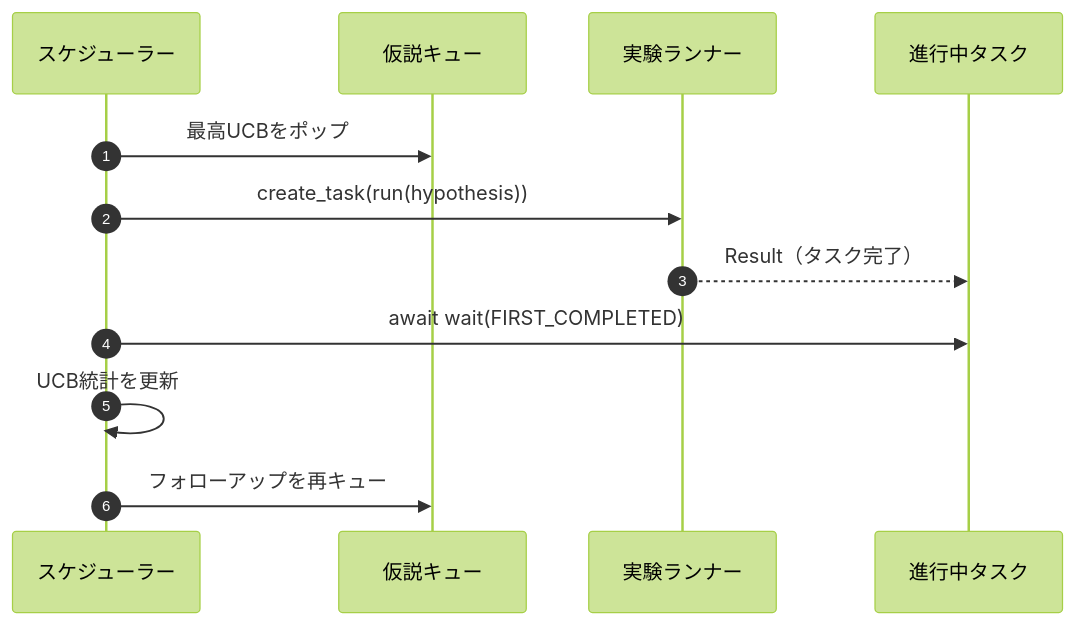
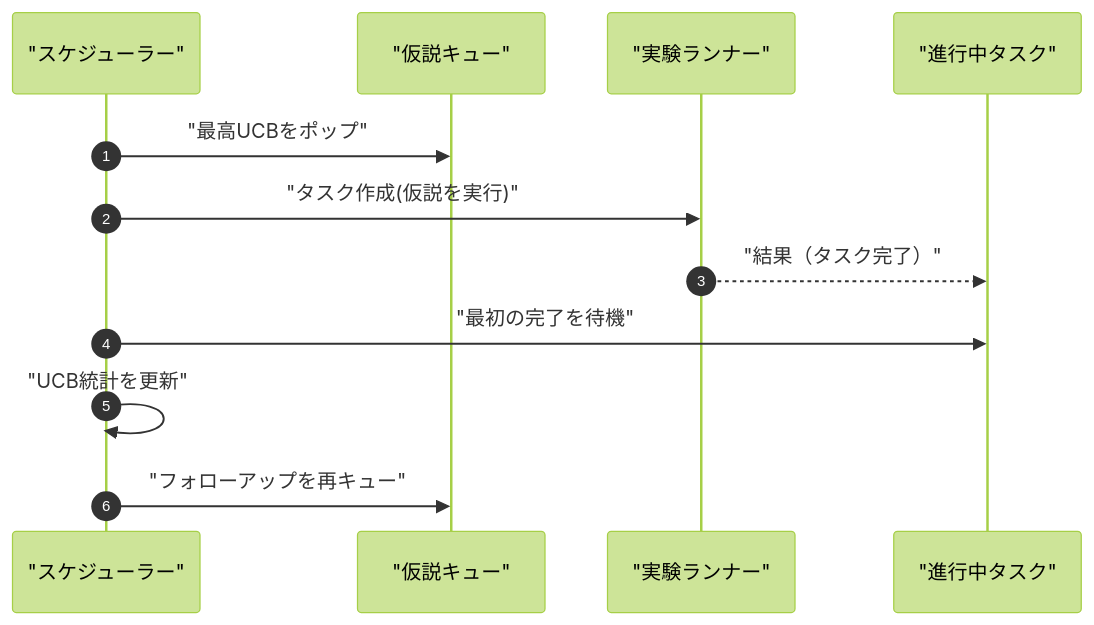
Before and after one commit to shoshoshomen/synapse-academy: the third of 3 diagrams in content/phases/19-capstone-projects/56-iteration-scheduler/lesson.ja.md, drawn with Mermaid (forest theme). The commit also changed other lines of this file and 124 other files, not shown here.

First line of the commit message:
feat(i18n): mermaid図のラベルを日本語化(194レッスン/374図)

````diff
--- a/content/phases/19-capstone-projects/56-iteration-scheduler/lesson.ja.md
+++ b/content/phases/19-capstone-projects/56-iteration-scheduler/lesson.ja.md
@@ -68,14 +68,14 @@
 ```mermaid
 sequenceDiagram
     autonumber
-    participant S as スケジューラー
-    participant Q as 仮説キュー
-    participant R as 実験ランナー
-    participant T as 進行中タスク
-    S->>Q: 最高UCBをポップ
-    S->>R: create_task(run(hypothesis))
-    R-->>T: Result（タスク完了）
-    S->>T: await wait(FIRST_COMPLETED)
-    S->>S: UCB統計を更新
-    S->>Q: フォローアップを再キュー
+    participant S as "スケジューラー"
+    participant Q as "仮説キュー"
+    participant R as "実験ランナー"
+    participant T as "進行中タスク"
+    S->>Q: "最高UCBをポップ"
+    S->>R: "タスク作成(仮説を実行)"
+    R-->>T: "結果（タスク完了）"
+    S->>T: "最初の完了を待機"
+    S->>S: "UCB統計を更新"
+    S->>Q: "フォローアップを再キュー"
 ```
````
